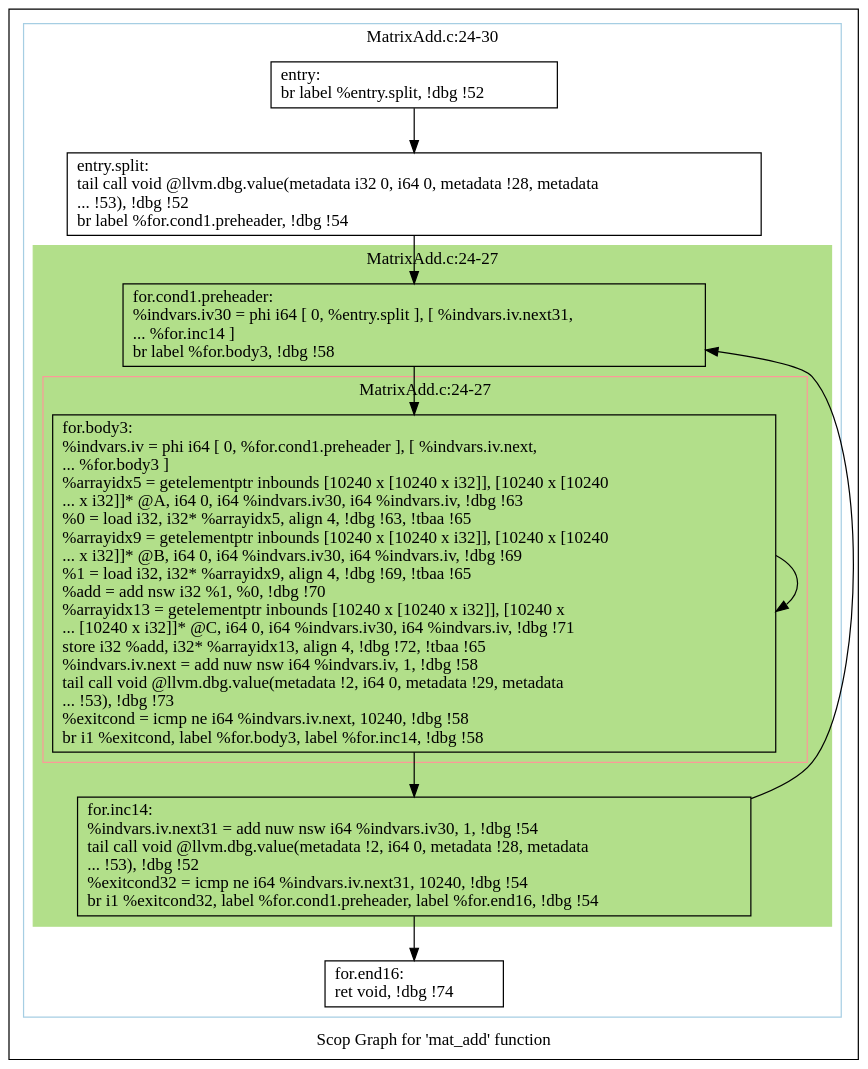
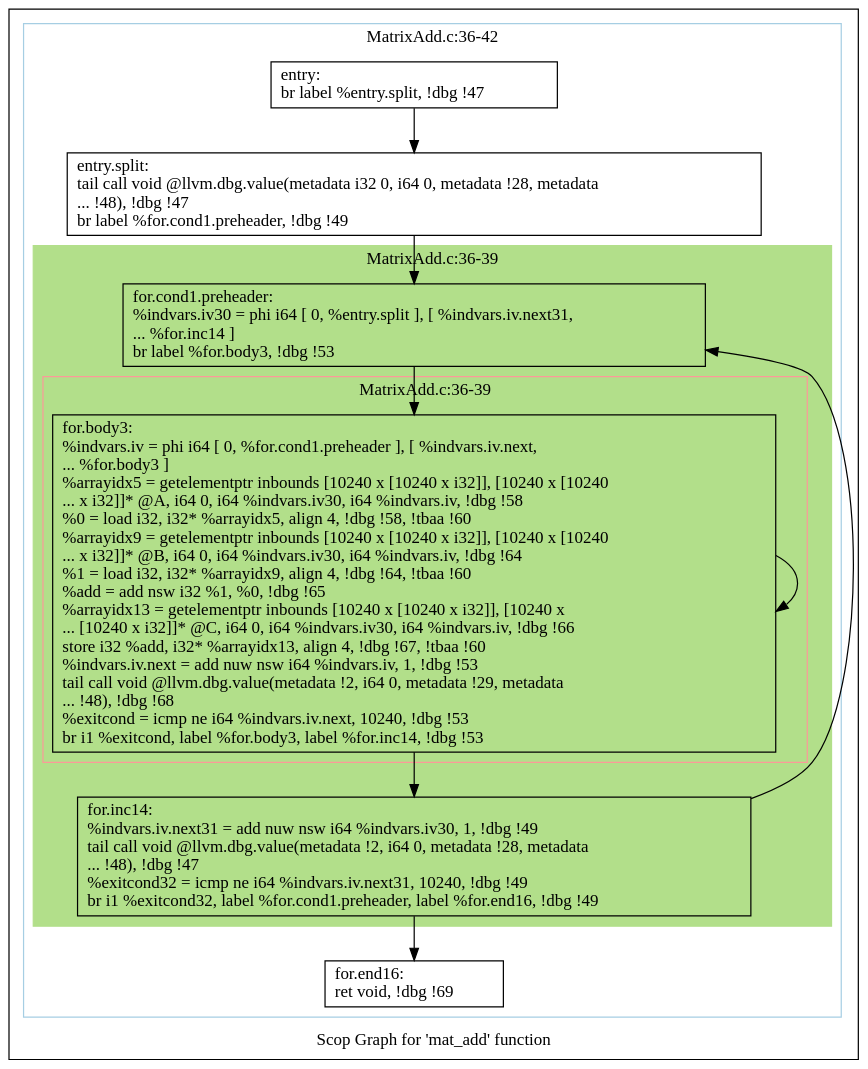
The diagram in polly/MatrixAdd/impl/handwritten/dot/scops.mat_add.dot (samminweng/WhileyOpenCL), drawn with Graphviz before and after one commit. The commit also changed 25 other files, not shown here.

```diff
--- a/polly/MatrixAdd/impl/handwritten/dot/scops.mat_add.dot
+++ b/polly/MatrixAdd/impl/handwritten/dot/scops.mat_add.dot
@@ -1,41 +1,41 @@
 digraph "Scop Graph for 'mat_add' function" {
 	label="Scop Graph for 'mat_add' function";
 
-	Node0x9e212a0 [shape=record,label="{entry:\l  br label %entry.split, !dbg !52\l}"];
-	Node0x9e212a0 -> Node0x9e22f60;
-	Node0x9e22f60 [shape=record,label="{entry.split:                                      \l  tail call void @llvm.dbg.value(metadata i32 0, i64 0, metadata !28, metadata\l... !53), !dbg !52\l  br label %for.cond1.preheader, !dbg !54\l}"];
-	Node0x9e22f60 -> Node0x9e1c4a0;
-	Node0x9e1c4a0 [shape=record,label="{for.cond1.preheader:                              \l  %indvars.iv30 = phi i64 [ 0, %entry.split ], [ %indvars.iv.next31,\l... %for.inc14 ]\l  br label %for.body3, !dbg !58\l}"];
-	Node0x9e1c4a0 -> Node0x9e1c990;
-	Node0x9e1c990 [shape=record,label="{for.body3:                                        \l  %indvars.iv = phi i64 [ 0, %for.cond1.preheader ], [ %indvars.iv.next,\l... %for.body3 ]\l  %arrayidx5 = getelementptr inbounds [10240 x [10240 x i32]], [10240 x [10240\l... x i32]]* @A, i64 0, i64 %indvars.iv30, i64 %indvars.iv, !dbg !63\l  %0 = load i32, i32* %arrayidx5, align 4, !dbg !63, !tbaa !65\l  %arrayidx9 = getelementptr inbounds [10240 x [10240 x i32]], [10240 x [10240\l... x i32]]* @B, i64 0, i64 %indvars.iv30, i64 %indvars.iv, !dbg !69\l  %1 = load i32, i32* %arrayidx9, align 4, !dbg !69, !tbaa !65\l  %add = add nsw i32 %1, %0, !dbg !70\l  %arrayidx13 = getelementptr inbounds [10240 x [10240 x i32]], [10240 x\l... [10240 x i32]]* @C, i64 0, i64 %indvars.iv30, i64 %indvars.iv, !dbg !71\l  store i32 %add, i32* %arrayidx13, align 4, !dbg !72, !tbaa !65\l  %indvars.iv.next = add nuw nsw i64 %indvars.iv, 1, !dbg !58\l  tail call void @llvm.dbg.value(metadata !2, i64 0, metadata !29, metadata\l... !53), !dbg !73\l  %exitcond = icmp ne i64 %indvars.iv.next, 10240, !dbg !58\l  br i1 %exitcond, label %for.body3, label %for.inc14, !dbg !58\l}"];
-	Node0x9e1c990 -> Node0x9e1c990[constraint=false];
-	Node0x9e1c990 -> Node0x9e20ca0;
-	Node0x9e20ca0 [shape=record,label="{for.inc14:                                        \l  %indvars.iv.next31 = add nuw nsw i64 %indvars.iv30, 1, !dbg !54\l  tail call void @llvm.dbg.value(metadata !2, i64 0, metadata !28, metadata\l... !53), !dbg !52\l  %exitcond32 = icmp ne i64 %indvars.iv.next31, 10240, !dbg !54\l  br i1 %exitcond32, label %for.cond1.preheader, label %for.end16, !dbg !54\l}"];
-	Node0x9e20ca0 -> Node0x9e1c4a0[constraint=false];
-	Node0x9e20ca0 -> Node0x9ec0360;
-	Node0x9ec0360 [shape=record,label="{for.end16:                                        \l  ret void, !dbg !74\l}"];
+	Node0xa14b3f0 [shape=record,label="{entry:\l  br label %entry.split, !dbg !47\l}"];
+	Node0xa14b3f0 -> Node0xa143fa0;
+	Node0xa143fa0 [shape=record,label="{entry.split:                                      \l  tail call void @llvm.dbg.value(metadata i32 0, i64 0, metadata !28, metadata\l... !48), !dbg !47\l  br label %for.cond1.preheader, !dbg !49\l}"];
+	Node0xa143fa0 -> Node0xa09e970;
+	Node0xa09e970 [shape=record,label="{for.cond1.preheader:                              \l  %indvars.iv30 = phi i64 [ 0, %entry.split ], [ %indvars.iv.next31,\l... %for.inc14 ]\l  br label %for.body3, !dbg !53\l}"];
+	Node0xa09e970 -> Node0xa09fd50;
+	Node0xa09fd50 [shape=record,label="{for.body3:                                        \l  %indvars.iv = phi i64 [ 0, %for.cond1.preheader ], [ %indvars.iv.next,\l... %for.body3 ]\l  %arrayidx5 = getelementptr inbounds [10240 x [10240 x i32]], [10240 x [10240\l... x i32]]* @A, i64 0, i64 %indvars.iv30, i64 %indvars.iv, !dbg !58\l  %0 = load i32, i32* %arrayidx5, align 4, !dbg !58, !tbaa !60\l  %arrayidx9 = getelementptr inbounds [10240 x [10240 x i32]], [10240 x [10240\l... x i32]]* @B, i64 0, i64 %indvars.iv30, i64 %indvars.iv, !dbg !64\l  %1 = load i32, i32* %arrayidx9, align 4, !dbg !64, !tbaa !60\l  %add = add nsw i32 %1, %0, !dbg !65\l  %arrayidx13 = getelementptr inbounds [10240 x [10240 x i32]], [10240 x\l... [10240 x i32]]* @C, i64 0, i64 %indvars.iv30, i64 %indvars.iv, !dbg !66\l  store i32 %add, i32* %arrayidx13, align 4, !dbg !67, !tbaa !60\l  %indvars.iv.next = add nuw nsw i64 %indvars.iv, 1, !dbg !53\l  tail call void @llvm.dbg.value(metadata !2, i64 0, metadata !29, metadata\l... !48), !dbg !68\l  %exitcond = icmp ne i64 %indvars.iv.next, 10240, !dbg !53\l  br i1 %exitcond, label %for.body3, label %for.inc14, !dbg !53\l}"];
+	Node0xa09fd50 -> Node0xa09fd50[constraint=false];
+	Node0xa09fd50 -> Node0xa0a3130;
+	Node0xa0a3130 [shape=record,label="{for.inc14:                                        \l  %indvars.iv.next31 = add nuw nsw i64 %indvars.iv30, 1, !dbg !49\l  tail call void @llvm.dbg.value(metadata !2, i64 0, metadata !28, metadata\l... !48), !dbg !47\l  %exitcond32 = icmp ne i64 %indvars.iv.next31, 10240, !dbg !49\l  br i1 %exitcond32, label %for.cond1.preheader, label %for.end16, !dbg !49\l}"];
+	Node0xa0a3130 -> Node0xa09e970[constraint=false];
+	Node0xa0a3130 -> Node0xa095f50;
+	Node0xa095f50 [shape=record,label="{for.end16:                                        \l  ret void, !dbg !69\l}"];
 	colorscheme = "paired12"
-        subgraph cluster_0x9e23cc0 {
-          label = "MatrixAdd.c:24-30
+        subgraph cluster_0xa183cb0 {
+          label = "MatrixAdd.c:36-42
 ";
           style = solid;
           color = 1
-          subgraph cluster_0x9ebba60 {
-            label = "MatrixAdd.c:24-27
+          subgraph cluster_0xa188bd0 {
+            label = "MatrixAdd.c:36-39
 ";
             style = filled;
-            color = 3            subgraph cluster_0x9e1e3c0 {
-              label = "MatrixAdd.c:24-27
+            color = 3            subgraph cluster_0xa0a54b0 {
+              label = "MatrixAdd.c:36-39
 ";
               style = solid;
               color = 5
-              Node0x9e1c990;
+              Node0xa09fd50;
             }
-            Node0x9e1c4a0;
-            Node0x9e20ca0;
+            Node0xa09e970;
+            Node0xa0a3130;
           }
-          Node0x9e212a0;
-          Node0x9e22f60;
-          Node0x9ec0360;
+          Node0xa14b3f0;
+          Node0xa143fa0;
+          Node0xa095f50;
         }
 }
```
